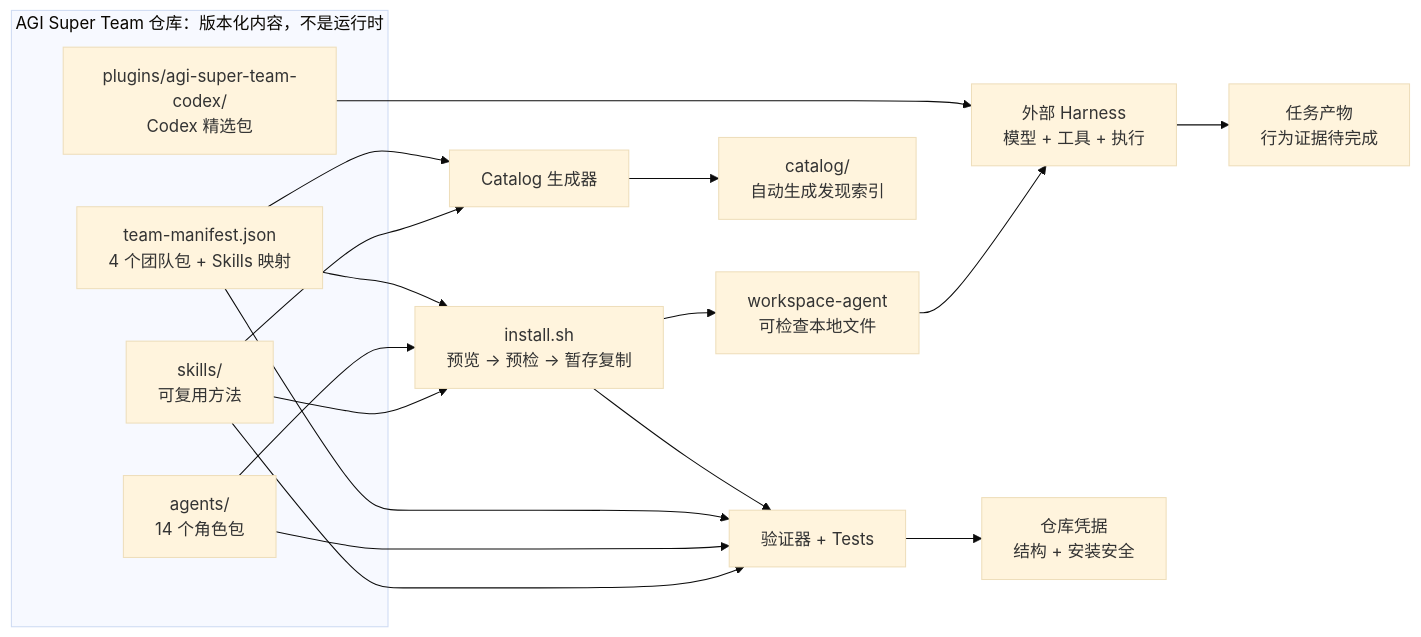
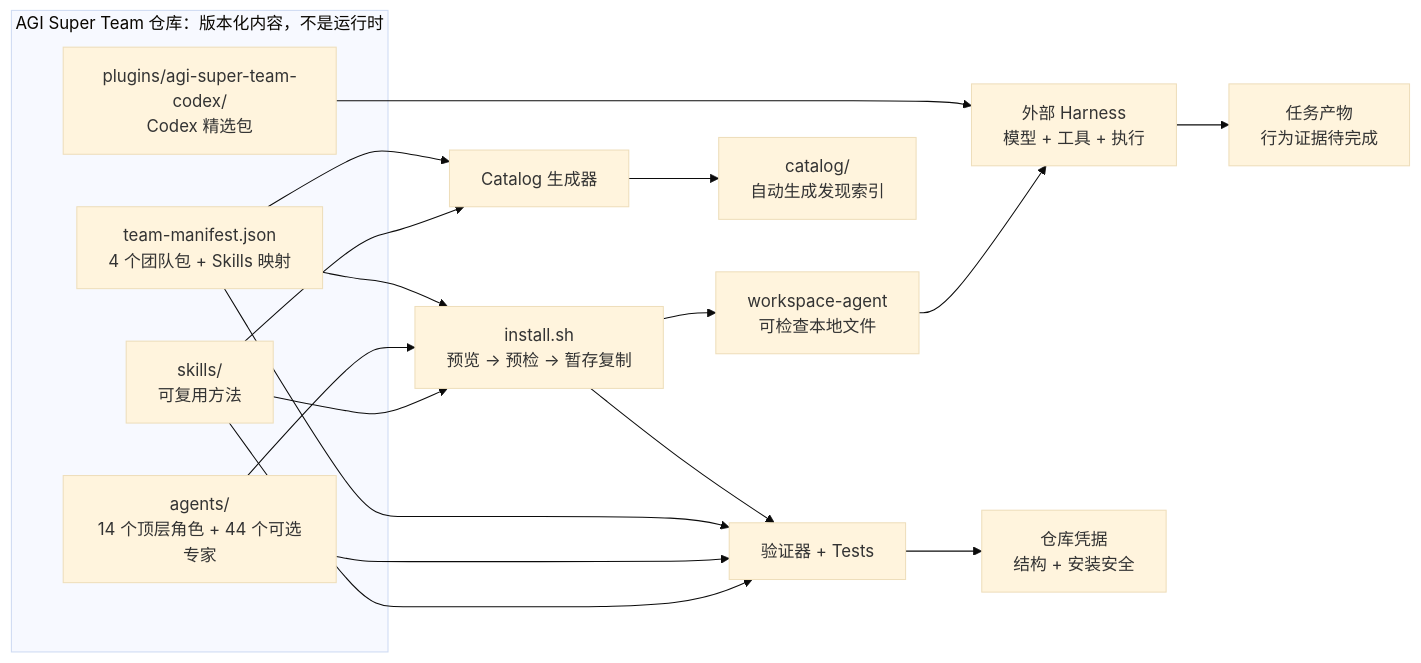
Before and after one commit to aAAaqwq/AGI-Super-Skills: the second of 2 diagrams in README_CN.md, drawn with Mermaid (base theme). The commit also changed other lines of this file and 138 other files, not shown here.

````diff
--- a/README_CN.md
+++ b/README_CN.md
@@ -257,27 +278,27 @@
 ```mermaid
 flowchart LR
   subgraph R["AGI Super Team 仓库：版本化内容，不是运行时"]
     S["skills/<br/>可复用方法"]
-    A["agents/<br/>14 个角色包"]
+    A["agents/<br/>14 个顶层角色 + 44 个可选专家"]
     M["team-manifest.json<br/>4 个团队包 + Skills 映射"]
     C["plugins/agi-super-team-codex/<br/>Codex 精选包"]
   end
 
   S --> I["install.sh<br/>预览 → 预检 → 暂存复制"]
   A --> I
   M --> I
   I --> W["workspace-agent<br/>可检查本地文件"]
   W --> H["外部 Harness<br/>模型 + 工具 + 执行"]
   C --> H
   H --> O["任务产物<br/>行为证据待完成"]
 
   S --> G["Catalog 生成器"]
   M --> G
   G --> K["catalog/<br/>自动生成发现索引"]
 
   S --> V["验证器 + Tests"]
   A --> V
   M --> V
   I --> V
   V --> E["仓库凭据<br/>结构 + 安装安全"]
 ```
````
